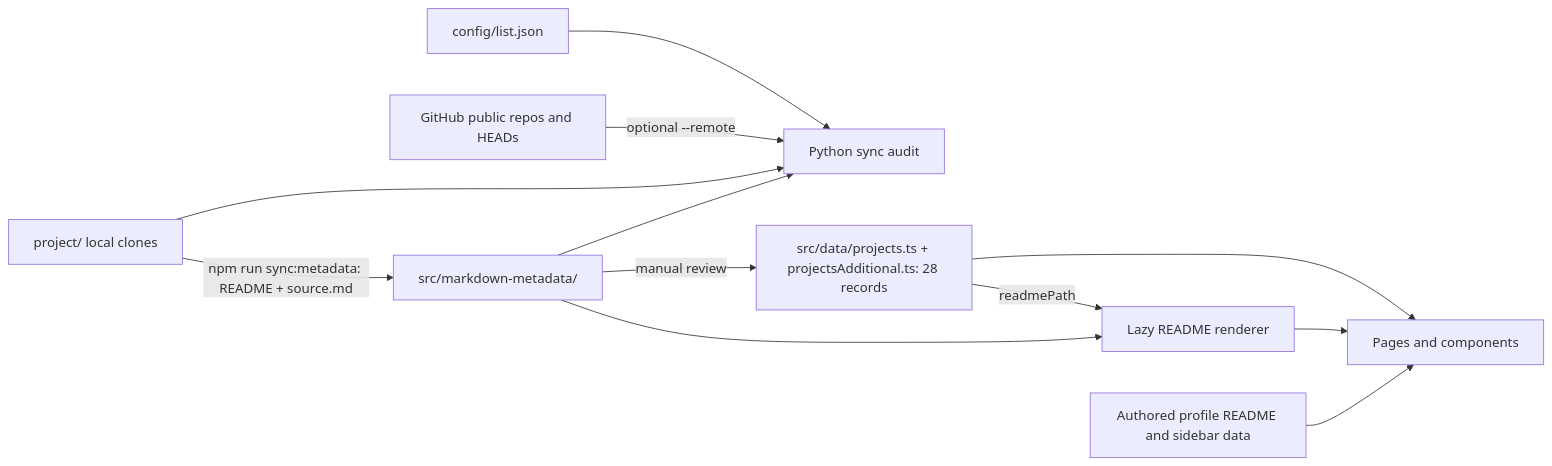
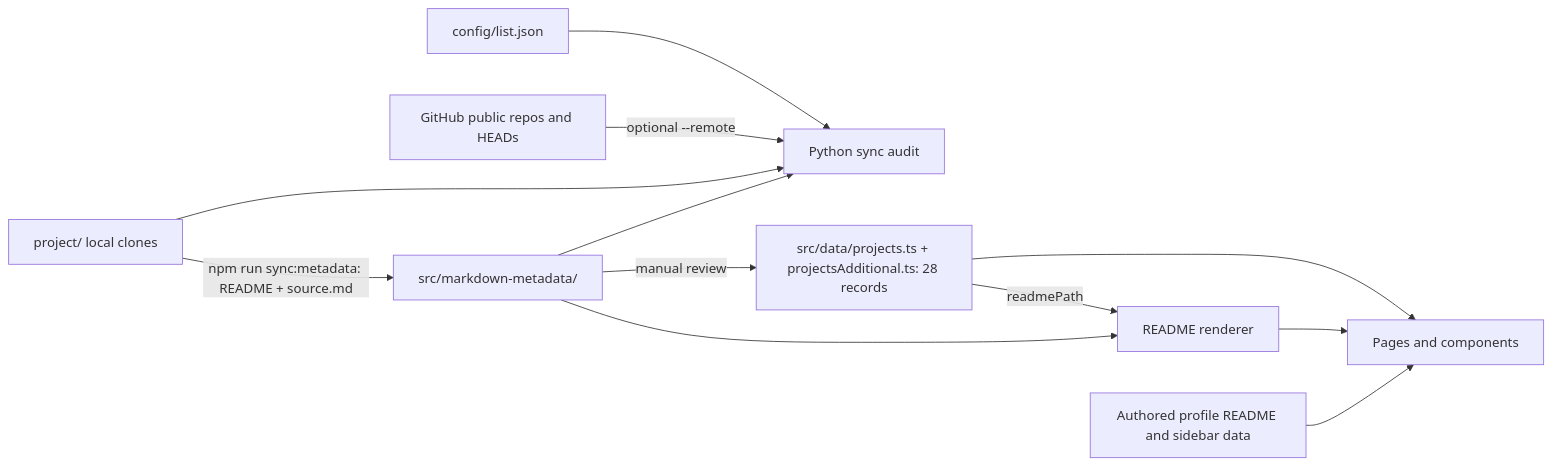
One commit to jakkarin-promsee/portfolio changed the diagram in README.md. Above: the diagram before and after it, drawn with Mermaid. The commit also changed other lines of this file and 11 other files, not shown here.

````diff
--- a/README.md
+++ b/README.md
@@ -50,14 +50,14 @@
 ```mermaid
 flowchart LR
   I[config/list.json] --> A[Python sync audit]
   G[GitHub public repos and HEADs] -->|optional --remote| A
   P[project/ local clones] --> A
   M[src/markdown-metadata/] --> A
   P -->|npm run sync:metadata: README + source.md| M
   M -->|manual review| D[src/data/projects.ts + projectsAdditional.ts: 28 records]
   D --> W[Pages and components]
-  D -->|readmePath| R[Lazy README renderer]
+  D -->|readmePath| R[README renderer]
   M --> R
   R --> W
   F[Authored profile README and sidebar data] --> W
 ```
````
